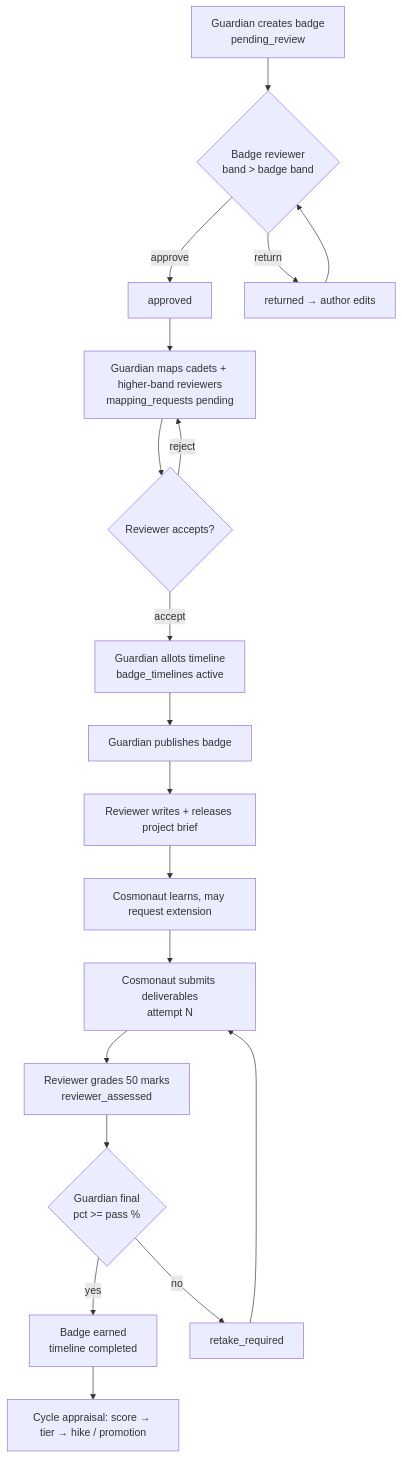
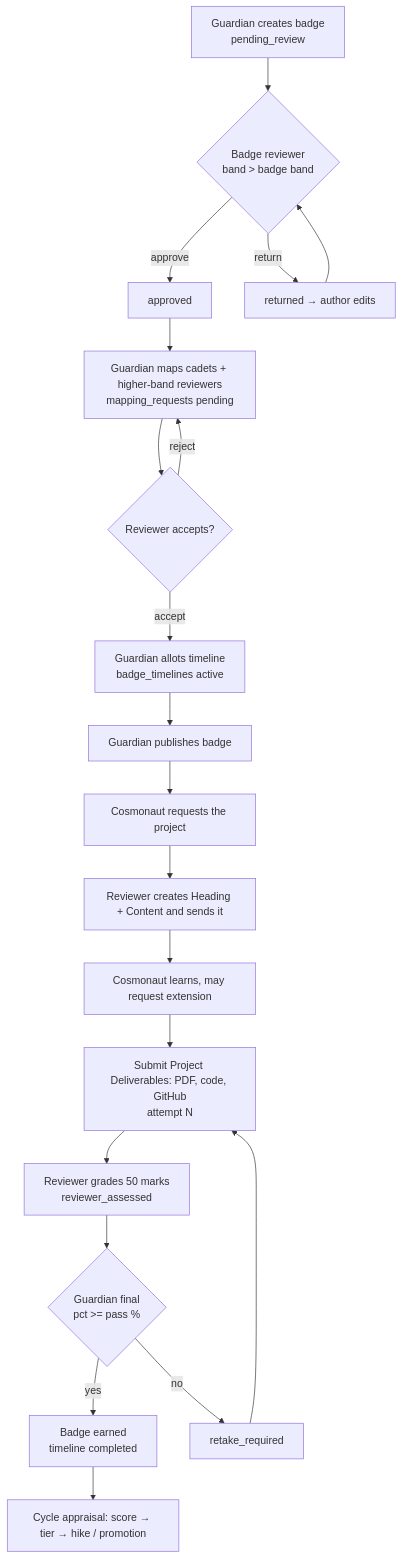
Before and after one commit to shivakumarbhandari2003/starapp_demo: the first of 2 diagrams in memory/FLOWCHART.md, drawn with Mermaid. The commit also changed other lines of this file and 30 other files, not shown here.

First line of the commit message:
Cosmonaut portal: sidebar order, View Profile footer, project-request workflow

````diff
--- a/memory/FLOWCHART.md
+++ b/memory/FLOWCHART.md
@@ -90,19 +104,20 @@
 ```mermaid
 flowchart TD
     A[Guardian creates badge<br/>pending_review] --> B{Badge reviewer<br/>band > badge band}
     B -- approve --> C[approved]
     B -- return --> A2[returned → author edits] --> B
     C --> D[Guardian maps cadets + higher-band reviewers<br/>mapping_requests pending]
     D --> E{Reviewer accepts?}
     E -- reject --> D
     E -- accept --> F[Guardian allots timeline<br/>badge_timelines active]
     F --> G[Guardian publishes badge]
-    G --> H[Reviewer writes + releases project brief]
+    G --> H0[Cosmonaut requests the project]
+    H0 --> H[Reviewer creates Heading + Content and sends it]
     H --> I[Cosmonaut learns, may request extension]
-    I --> J[Cosmonaut submits deliverables<br/>attempt N]
+    I --> J[Submit Project Deliverables: PDF, code, GitHub<br/>attempt N]
     J --> K[Reviewer grades 50 marks<br/>reviewer_assessed]
     K --> L{Guardian final<br/>pct >= pass %}
     L -- yes --> M[Badge earned<br/>timeline completed]
     L -- no --> N[retake_required] --> J
     M --> O[Cycle appraisal: score → tier → hike / promotion]
 ```
````
